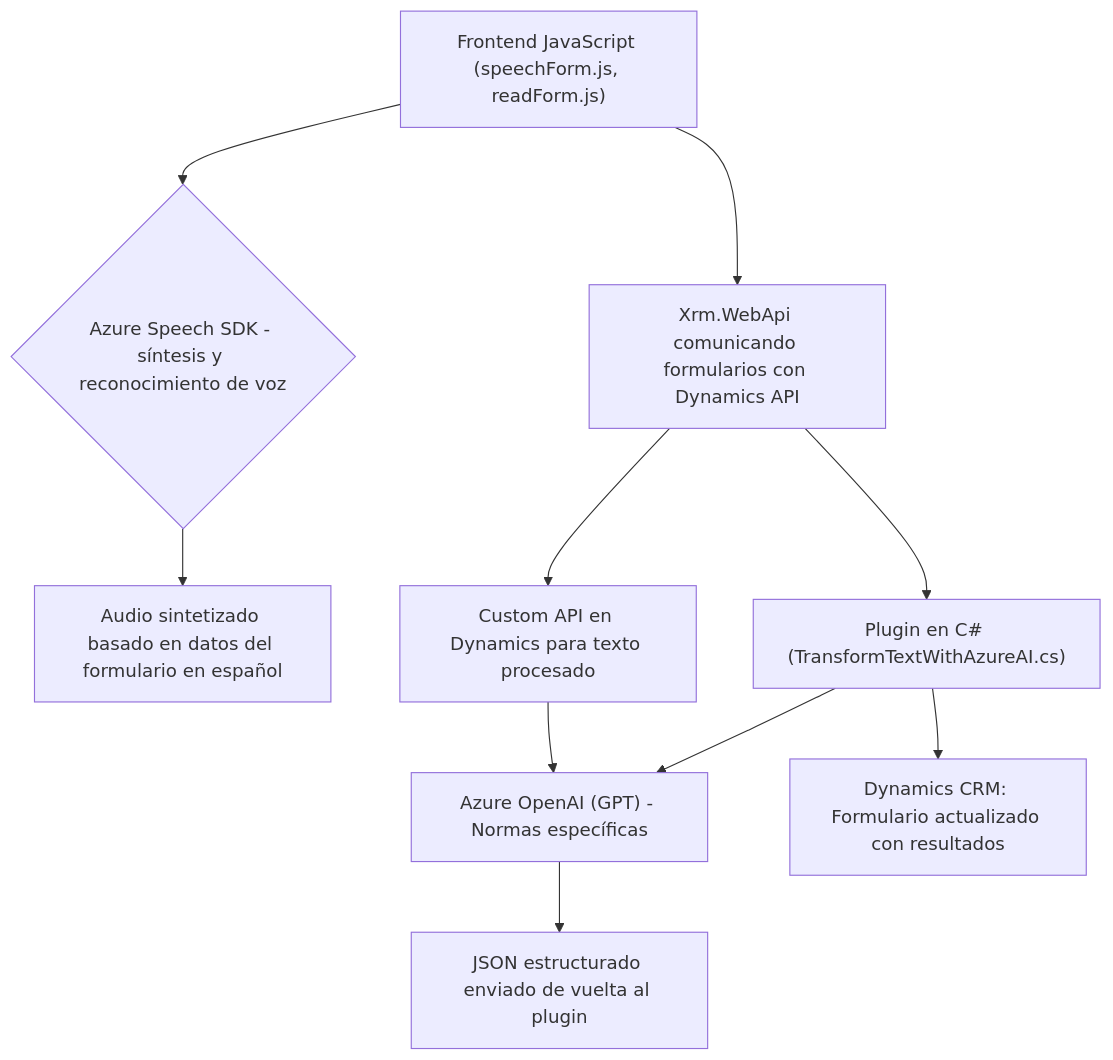
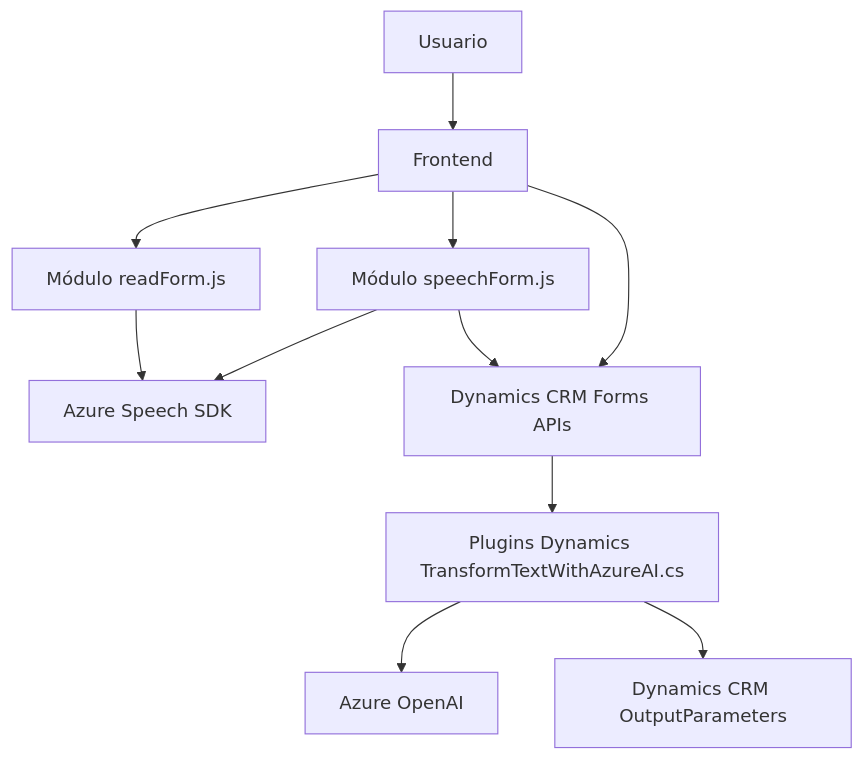
The diagram in README.md (blopezdm/NETCORE_BILBAO2025), drawn with Mermaid before and after one commit. The commit also changed other lines of this file, not shown here.

Commit message:
Actualizar análisis global de la solución con IA

````diff
--- a/README.md
+++ b/README.md
@@ -36,12 +56,15 @@
 ```mermaid
 graph TD
-    A["Frontend JavaScript (speechForm.js, readForm.js)"] --> B{"Azure Speech SDK - síntesis y reconocimiento de voz"}
-    A --> C["Xrm.WebApi comunicando formularios con Dynamics API"]
-    B --> D["Audio sintetizado basado en datos del formulario en español"]
-    C --> E["Custom API en Dynamics para texto procesado"]
-    E --> F["Azure OpenAI (GPT) - Normas específicas"]
-    F --> G["JSON estructurado enviado de vuelta al plugin"]
-    H["Plugin en C# (TransformTextWithAzureAI.cs)"] --> F
-    C --> H
-    H --> I["Dynamics CRM: Formulario actualizado con resultados"]
+    A["Usuario"] --> B["Frontend"]
+    B --> C["Módulo readForm.js"]
+    B --> D["Módulo speechForm.js"]
+    C --> E["Azure Speech SDK"]
+    D --> E
+
+    D --> F["Dynamics CRM Forms APIs"]
+    B --> F
+
+    F --> G["Plugins Dynamics TransformTextWithAzureAI.cs"]
+    G --> H["Azure OpenAI"]
+    G --> I["Dynamics CRM OutputParameters"]
 ```
````
